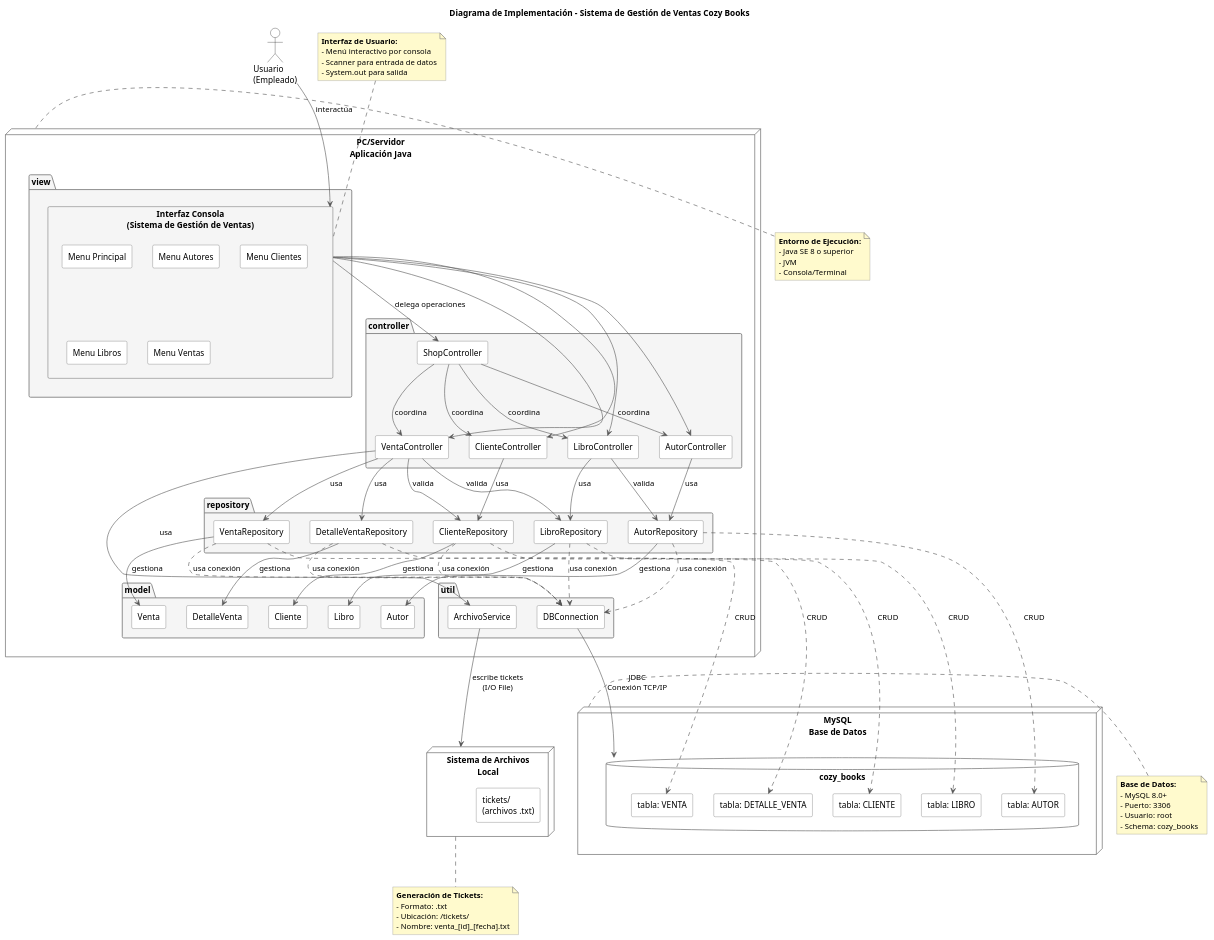
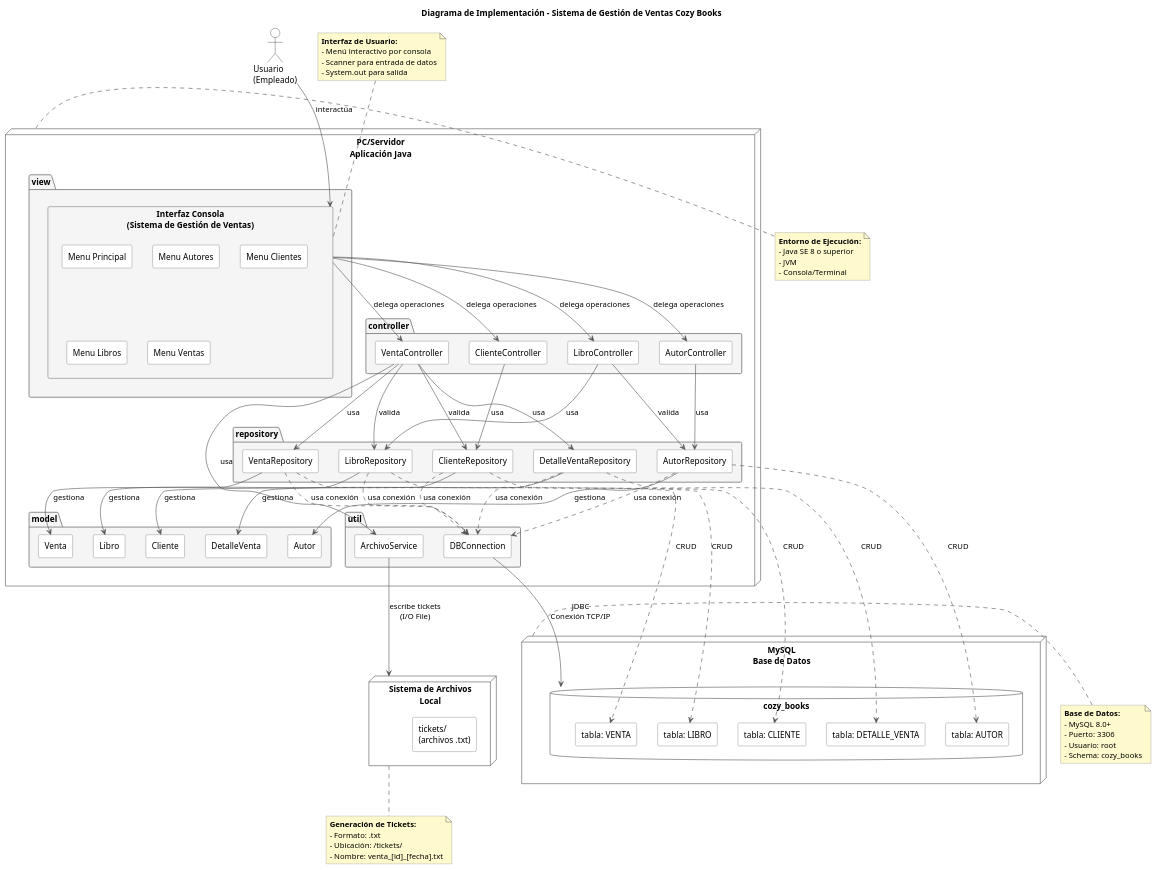
One commit to DaianaArena/cozy-books changed the diagram in documentacion/diagrama_implementacion.puml. Above: the diagram before and after it, drawn with PlantUML. The commit also changed 3 other files, not shown here.

Commit message:
Refactor ShopView to replace ShopController with direct controller instances for Autor, Cliente, Libro, and Venta. Remove ShopController class and update implementation in the diagram to reflect changes in controller relationships.

```diff
--- a/documentacion/diagrama_implementacion.puml
+++ b/documentacion/diagrama_implementacion.puml
@@ -1,200 +1,194 @@
 @startuml
 title Diagrama de Implementación - Sistema de Gestión de Ventas Cozy Books
 
 ' Estilos con fondo blanco y alto contraste
 skinparam componentStyle rectangle
 skinparam backgroundColor white
 skinparam component {
     BackgroundColor white
     BorderColor #555555
     FontColor black
 }
 skinparam package {
     BackgroundColor #f5f5f5
     BorderColor #808080
     FontColor black
 }
 skinparam node {
     BackgroundColor white
     BorderColor #555555
     FontColor black
 }
 skinparam database {
     BackgroundColor white
     BorderColor #555555
     FontColor black
 }
 skinparam arrow {
     Color #555555
 }
 skinparam note {
     BackgroundColor #fffacd
     BorderColor #808080
     FontColor black
 }
 skinparam actor {
     BorderColor black
     BackgroundColor white
 }
 
 actor "Usuario\n(Empleado)" as Usuario
 
 node "PC/Servidor\nAplicación Java" as PC {
     
     package "view" {
         component "Interfaz Consola\n(Sistema de Gestión de Ventas)" as View {
             [Menu Principal]
             [Menu Autores]
             [Menu Clientes]
             [Menu Libros]
             [Menu Ventas]
         }
     }
     
     package "controller" {
-        [ShopController] as ShopCtrl
         [AutorController] as AutorCtrl
         [ClienteController] as ClienteCtrl
         [LibroController] as LibroCtrl
         [VentaController] as VentaCtrl
     }
     
     package "repository" {
         [AutorRepository] as AutorRepo
         [ClienteRepository] as ClienteRepo
         [LibroRepository] as LibroRepo
         [VentaRepository] as VentaRepo
         [DetalleVentaRepository] as DetalleRepo
     }
     
     package "model" {
         [Autor]
         [Cliente]
         [Libro]
         [Venta]
         [DetalleVenta]
     }
     
     package "util" {
         [DBConnection] as DBConn
         [ArchivoService] as Archivo
     }
 }
 
 node "MySQL\nBase de Datos" as MySQL {
     database "cozy_books" as DB {
         [tabla: AUTOR]
         [tabla: CLIENTE]
         [tabla: LIBRO]
         [tabla: VENTA]
         [tabla: DETALLE_VENTA]
     }
 }
 
 node "Sistema de Archivos\nLocal" as FileSystem {
     [tickets/\n(archivos .txt)]
 }
 
 ' ============================================
 ' RELACIONES VIEW - CONTROLLER
 ' ============================================
 
 Usuario --> View : "interactúa"
 
-View --> ShopCtrl : "delega operaciones"
-View --> AutorCtrl
-View --> ClienteCtrl
-View --> LibroCtrl
-View --> VentaCtrl
+View --> AutorCtrl : "delega operaciones"
+View --> ClienteCtrl : "delega operaciones"
+View --> LibroCtrl : "delega operaciones"
+View --> VentaCtrl : "delega operaciones"
 
 ' ============================================
 ' RELACIONES CONTROLLER - CONTROLLER
 ' ============================================
-
-ShopCtrl --> AutorCtrl : "coordina"
-ShopCtrl --> ClienteCtrl : "coordina"
-ShopCtrl --> LibroCtrl : "coordina"
-ShopCtrl --> VentaCtrl : "coordina"
+' (No hay relaciones entre controladores)
 
 ' ============================================
 ' RELACIONES CONTROLLER - REPOSITORY
 ' ============================================
 
 AutorCtrl --> AutorRepo : "usa"
 ClienteCtrl --> ClienteRepo : "usa"
 LibroCtrl --> LibroRepo : "usa"
 LibroCtrl --> AutorRepo : "valida"
 VentaCtrl --> VentaRepo : "usa"
 VentaCtrl --> DetalleRepo : "usa"
 VentaCtrl --> ClienteRepo : "valida"
 VentaCtrl --> LibroRepo : "valida"
 
 ' ============================================
 ' RELACIONES REPOSITORY - MODEL
 ' ============================================
 
 AutorRepo --> Autor : "gestiona"
 ClienteRepo --> Cliente : "gestiona"
 LibroRepo --> Libro : "gestiona"
 VentaRepo --> Venta : "gestiona"
 DetalleRepo --> DetalleVenta : "gestiona"
 
 ' ============================================
 ' RELACIONES REPOSITORY - DATABASE
 ' ============================================
 
 AutorRepo ..> DBConn : "usa conexión"
 ClienteRepo ..> DBConn : "usa conexión"
 LibroRepo ..> DBConn : "usa conexión"
 VentaRepo ..> DBConn : "usa conexión"
 DetalleRepo ..> DBConn : "usa conexión"
 
 DBConn --> DB : "JDBC\nConexión TCP/IP"
 
 AutorRepo ..> [tabla: AUTOR] : "CRUD"
 ClienteRepo ..> [tabla: CLIENTE] : "CRUD"
 LibroRepo ..> [tabla: LIBRO] : "CRUD"
 VentaRepo ..> [tabla: VENTA] : "CRUD"
 DetalleRepo ..> [tabla: DETALLE_VENTA] : "CRUD"
 
 ' ============================================
 ' RELACIONES CON SISTEMA DE ARCHIVOS
 ' ============================================
 
 VentaCtrl --> Archivo : "usa"
 Archivo --> FileSystem : "escribe tickets\n(I/O File)"
 
 ' ============================================
 ' NOTAS EXPLICATIVAS
 ' ============================================
 
 note right of PC
   **Entorno de Ejecución:**
   - Java SE 8 o superior
   - JVM
   - Consola/Terminal
 end note
 
 note right of MySQL
   **Base de Datos:**
   - MySQL 8.0+
   - Puerto: 3306
   - Usuario: root
   - Schema: cozy_books
 end note
 
 note bottom of FileSystem
   **Generación de Tickets:**
   - Formato: .txt
   - Ubicación: /tickets/
   - Nombre: venta_[id]_[fecha].txt
 end note
 
 note top of View
   **Interfaz de Usuario:**
   - Menú interactivo por consola
   - Scanner para entrada de datos
   - System.out para salida
 end note
 
 @enduml
```
